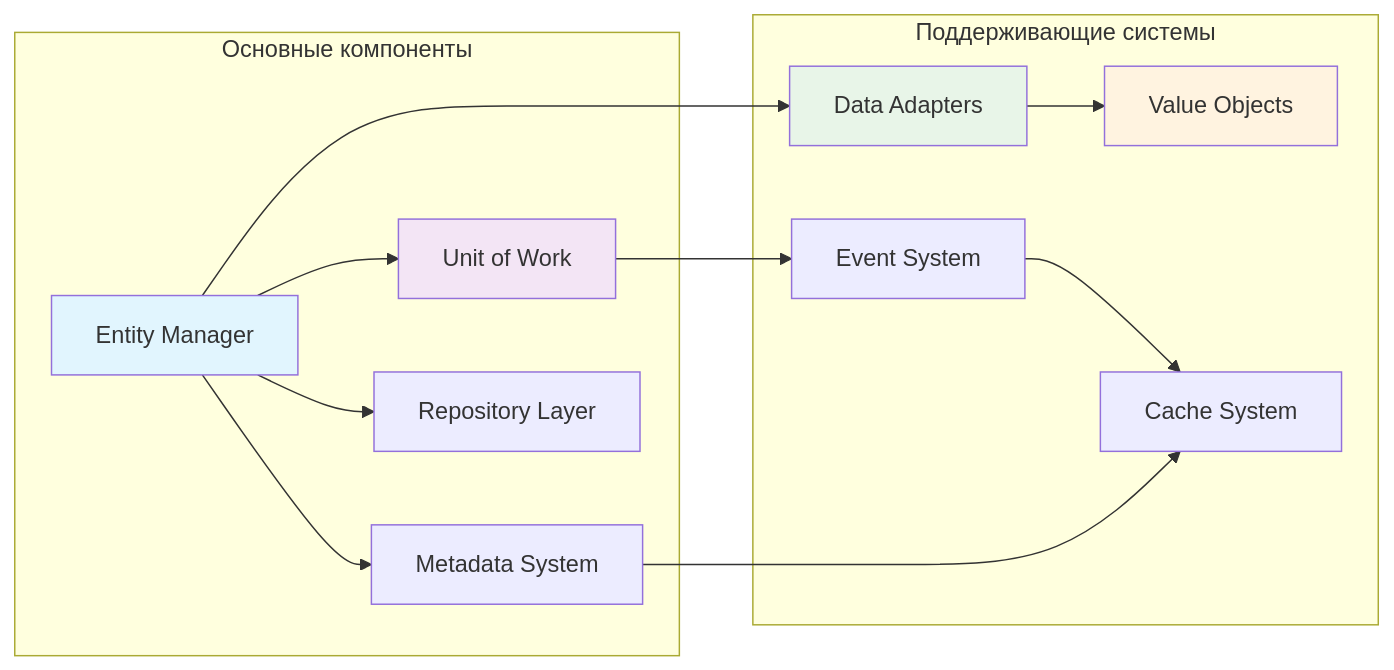
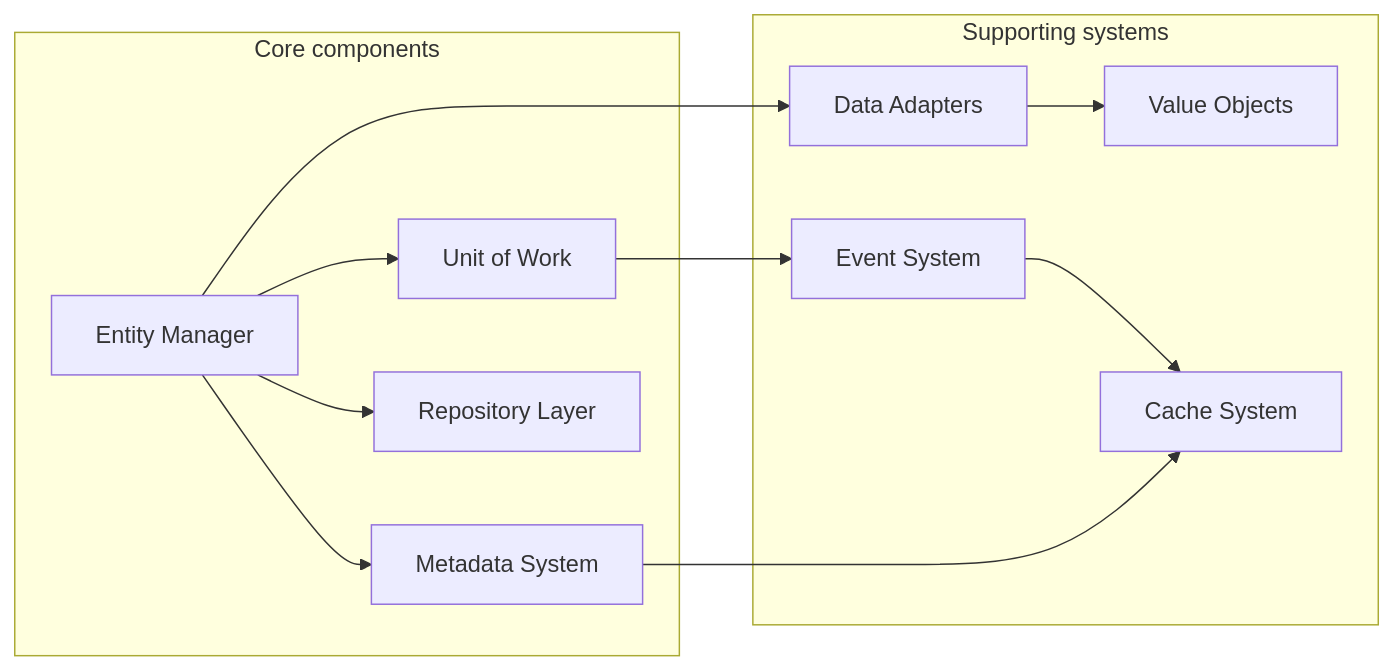
The third of 3 diagrams in docs/DIAGRAMS_INDEX.md (kabiroman/adaptive-entity-manager), drawn with Mermaid before and after one commit. The commit also changed other lines of this file and 7 other files, not shown here.

````diff
--- a/docs/DIAGRAMS_INDEX.md
+++ b/docs/DIAGRAMS_INDEX.md
@@ -85,22 +91,17 @@
 ```mermaid
 graph LR
-    subgraph "Основные компоненты"
+    subgraph coreComponents [Core components]
         A[Entity Manager] --> B[Unit of Work]
         A --> C[Metadata System]
         A --> D[Repository Layer]
     end
-    
-    subgraph "Поддерживающие системы"
+
+    subgraph supportingSystems [Supporting systems]
         E[Data Adapters] --> F[Value Objects]
         G[Event System] --> H[Cache System]
     end
-    
+
     A --> E
     B --> G
     C --> H
-    
-    style A fill:#e1f5fe
-    style B fill:#f3e5f5
-    style E fill:#e8f5e8
-    style F fill:#fff3e0
 ```
````
